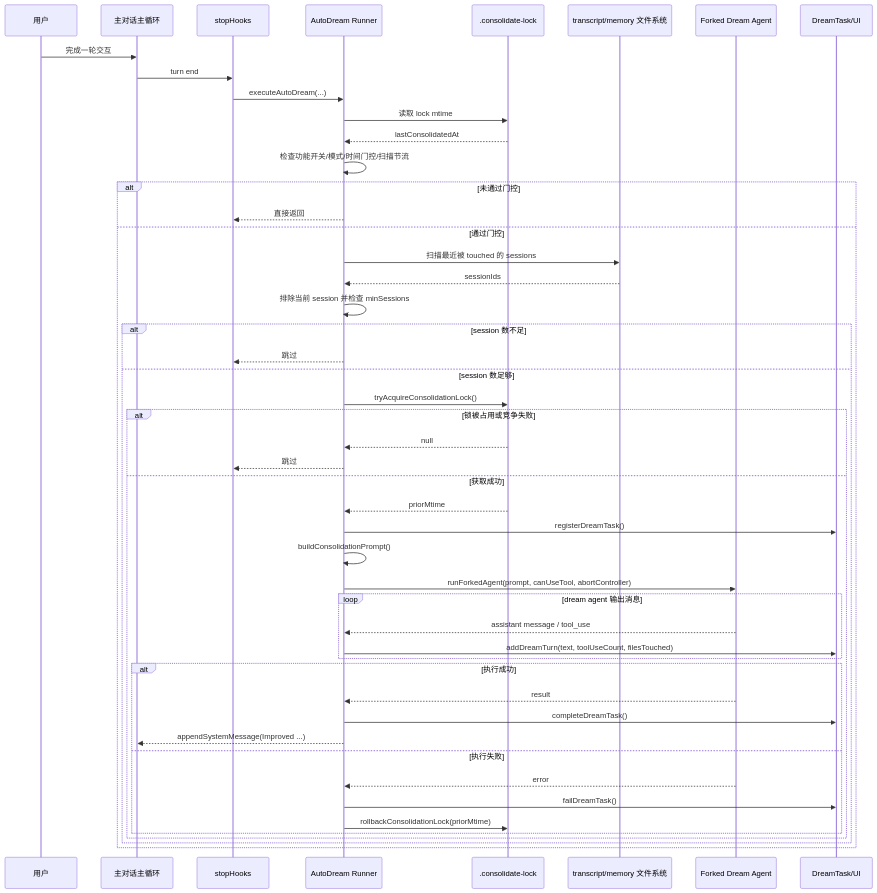
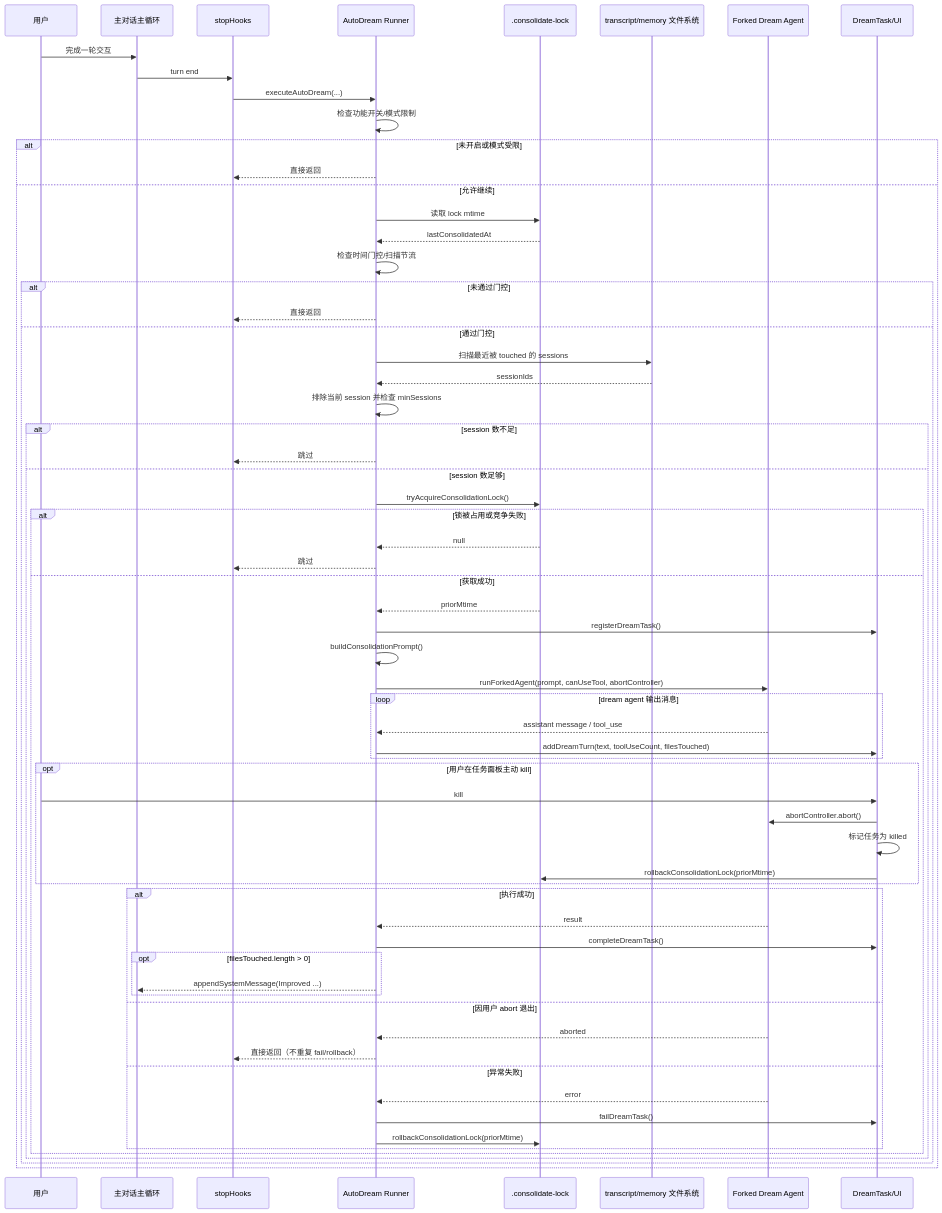
Before and after one commit to YarrowRen/YarrowRen.github.io: the fourth of 4 diagrams in src/data/blog/claude-code-autodream.md, drawn with Mermaid. The commit also changed other lines of this file, not shown here.

````diff
--- a/src/data/blog/claude-code-autodream.md
+++ b/src/data/blog/claude-code-autodream.md
@@ -437,59 +1030,75 @@
 ```mermaid
 sequenceDiagram
     participant User as 用户
     participant Main as 主对话主循环
     participant StopHook as stopHooks
     participant AutoDream as AutoDream Runner
     participant Lock as .consolidate-lock
     participant FS as transcript/memory 文件系统
     participant Agent as Forked Dream Agent
     participant Task as DreamTask/UI
 
     User->>Main: 完成一轮交互
     Main->>StopHook: turn end
     StopHook->>AutoDream: executeAutoDream(...)
 
-    AutoDream->>Lock: 读取 lock mtime
-    Lock-->>AutoDream: lastConsolidatedAt
+    AutoDream->>AutoDream: 检查功能开关/模式限制
+    alt 未开启或模式受限
+        AutoDream-->>StopHook: 直接返回
+    else 允许继续
+        AutoDream->>Lock: 读取 lock mtime
+        Lock-->>AutoDream: lastConsolidatedAt
+        AutoDream->>AutoDream: 检查时间门控/扫描节流
 
-    AutoDream->>AutoDream: 检查功能开关/模式/时间门控/扫描节流
-    alt 未通过门控
-        AutoDream-->>StopHook: 直接返回
-    else 通过门控
-        AutoDream->>FS: 扫描最近被 touched 的 sessions
-        FS-->>AutoDream: sessionIds
-        AutoDream->>AutoDream: 排除当前 session 并检查 minSessions
+        alt 未通过门控
+            AutoDream-->>StopHook: 直接返回
+        else 通过门控
+            AutoDream->>FS: 扫描最近被 touched 的 sessions
+            FS-->>AutoDream: sessionIds
+            AutoDream->>AutoDream: 排除当前 session 并检查 minSessions
 
-        alt session 数不足
-            AutoDream-->>StopHook: 跳过
-        else session 数足够
-            AutoDream->>Lock: tryAcquireConsolidationLock()
-            alt 锁被占用或竞争失败
-                Lock-->>AutoDream: null
+            alt session 数不足
                 AutoDream-->>StopHook: 跳过
-            else 获取成功
-                Lock-->>AutoDream: priorMtime
-                AutoDream->>Task: registerDreamTask()
+            else session 数足够
+                AutoDream->>Lock: tryAcquireConsolidationLock()
+                alt 锁被占用或竞争失败
+                    Lock-->>AutoDream: null
+                    AutoDream-->>StopHook: 跳过
+                else 获取成功
+                    Lock-->>AutoDream: priorMtime
+                    AutoDream->>Task: registerDreamTask()
 
-                AutoDream->>AutoDream: buildConsolidationPrompt()
-                AutoDream->>Agent: runForkedAgent(prompt, canUseTool, abortController)
+                    AutoDream->>AutoDream: buildConsolidationPrompt()
+                    AutoDream->>Agent: runForkedAgent(prompt, canUseTool, abortController)
 
-                loop dream agent 输出消息
-                    Agent-->>AutoDream: assistant message / tool_use
-                    AutoDream->>Task: addDreamTurn(text, toolUseCount, filesTouched)
-                end
+                    loop dream agent 输出消息
+                        Agent-->>AutoDream: assistant message / tool_use
+                        AutoDream->>Task: addDreamTurn(text, toolUseCount, filesTouched)
+                    end
 
-                alt 执行成功
-                    Agent-->>AutoDream: result
-                    AutoDream->>Task: completeDreamTask()
-                    AutoDream-->>Main: appendSystemMessage(Improved ...)
-                else 执行失败
-                    Agent-->>AutoDream: error
-                    AutoDream->>Task: failDreamTask()
-                    AutoDream->>Lock: rollbackConsolidationLock(priorMtime)
+                    opt 用户在任务面板主动 kill
+                        User->>Task: kill
+                        Task->>Agent: abortController.abort()
+                        Task->>Task: 标记任务为 killed
+                        Task->>Lock: rollbackConsolidationLock(priorMtime)
+                    end
+
+                    alt 执行成功
+                        Agent-->>AutoDream: result
+                        AutoDream->>Task: completeDreamTask()
+                        opt filesTouched.length > 0
+                            AutoDream-->>Main: appendSystemMessage(Improved ...)
+                        end
+                    else 因用户 abort 退出
+                        Agent-->>AutoDream: aborted
+                        AutoDream-->>StopHook: 直接返回（不重复 fail/rollback）
+                    else 异常失败
+                        Agent-->>AutoDream: error
+                        AutoDream->>Task: failDreamTask()
+                        AutoDream->>Lock: rollbackConsolidationLock(priorMtime)
+                    end
                 end
             end
         end
     end
-
 ```
````
